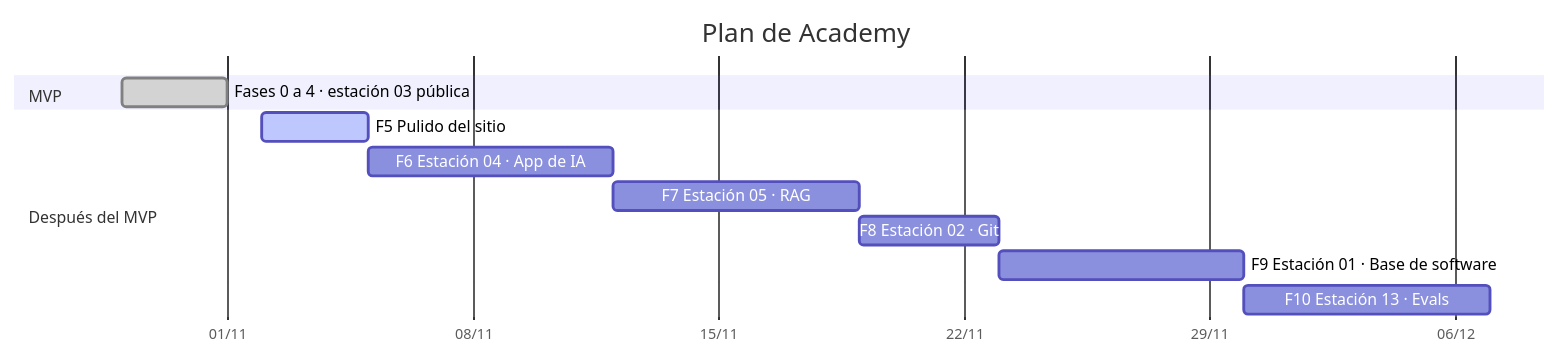
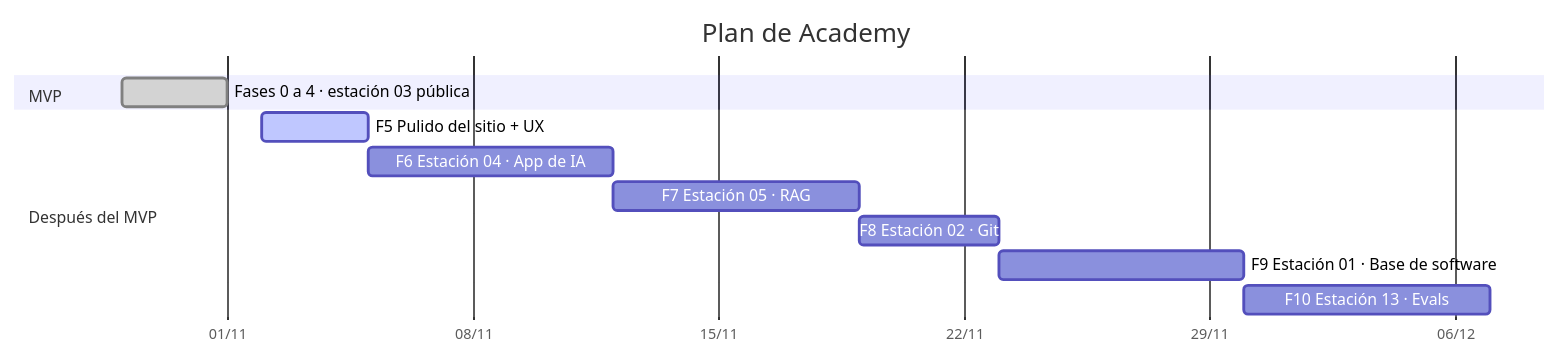
One commit to francoSW99/Academy changed the diagram in AVANCE.md. Above: the diagram before and after it, drawn with Mermaid. The commit also changed other lines of this file, not shown here.

````diff
--- a/AVANCE.md
+++ b/AVANCE.md
@@ -57,15 +61,15 @@
 ```mermaid
 gantt
     title Plan de Academy
     dateFormat YYYY-MM-DD
     axisFormat %d/%m
     section MVP
     Fases 0 a 4 · estación 03 pública :done, mvp, 2026-10-29, 2026-11-01
     section Después del MVP
-    F5 Pulido del sitio :active, f5, 2026-11-02, 3d
+    F5 Pulido del sitio + UX :active, f5, 2026-11-02, 3d
     F6 Estación 04 · App de IA :f6, after f5, 7d
     F7 Estación 05 · RAG :f7, after f6, 7d
     F8 Estación 02 · Git :f8, after f7, 4d
     F9 Estación 01 · Base de software :f9, after f8, 7d
     F10 Estación 13 · Evals :f10, after f9, 7d
 ```
````
